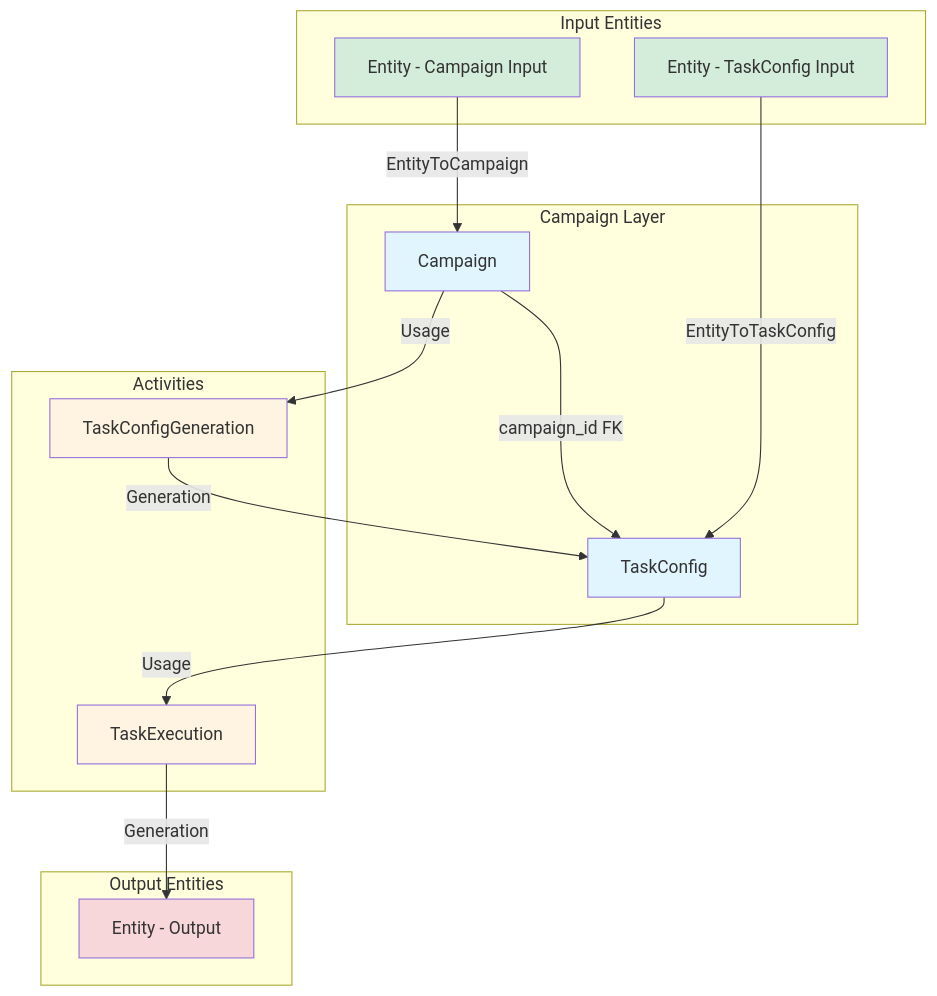
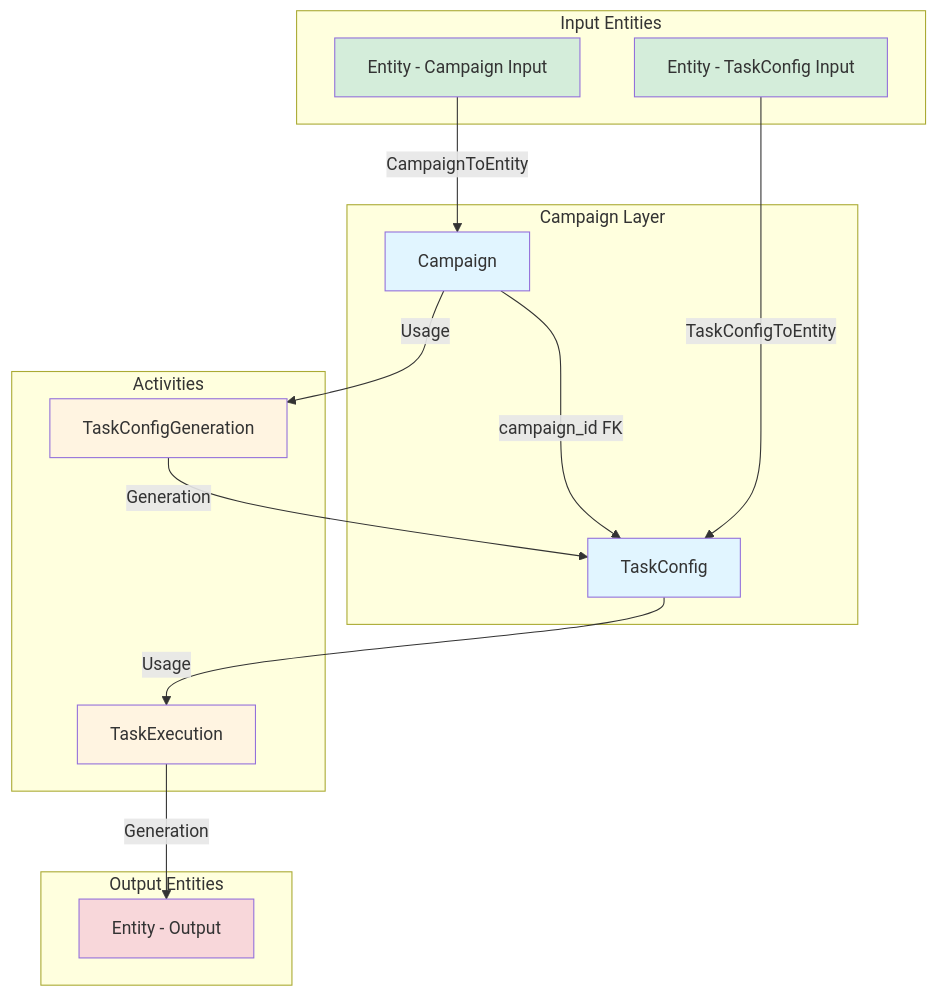
Before and after one commit to openbraininstitute/entitycore: the first of 2 diagrams in docs/campaign-models-diagram.md, drawn with Mermaid. The commit also changed other lines of this file and 6 other files, not shown here.

````diff
--- a/docs/campaign-models-diagram.md
+++ b/docs/campaign-models-diagram.md
@@ -3,39 +3,39 @@
 ```mermaid
 flowchart TD
     subgraph Input["Input Entities"]
         EIn1[Entity - Campaign Input]
         EIn2[Entity - TaskConfig Input]
     end
 
     subgraph Campaign_Layer["Campaign Layer"]
         C[Campaign]
         TC[TaskConfig]
     end
 
     subgraph Activities
         CG[TaskConfigGeneration]
         TE[TaskExecution]
     end
 
     subgraph Output["Output Entities"]
         EOut[Entity - Output]
     end
 
-    EIn1 -->|EntityToCampaign| C
-    EIn2 -->|EntityToTaskConfig| TC
+    EIn1 -->|CampaignToEntity| C
+    EIn2 -->|TaskConfigToEntity| TC
     C -->|campaign_id FK| TC
 
     C -->|Usage| CG
     CG -->|Generation| TC
 
     TC -->|Usage| TE
     TE -->|Generation| EOut
 
     style C fill:#e1f5ff
     style TC fill:#e1f5ff
     style EIn1 fill:#d4edda
     style EIn2 fill:#d4edda
     style EOut fill:#f8d7da
     style CG fill:#fff4e1
     style TE fill:#fff4e1
 ```
````
